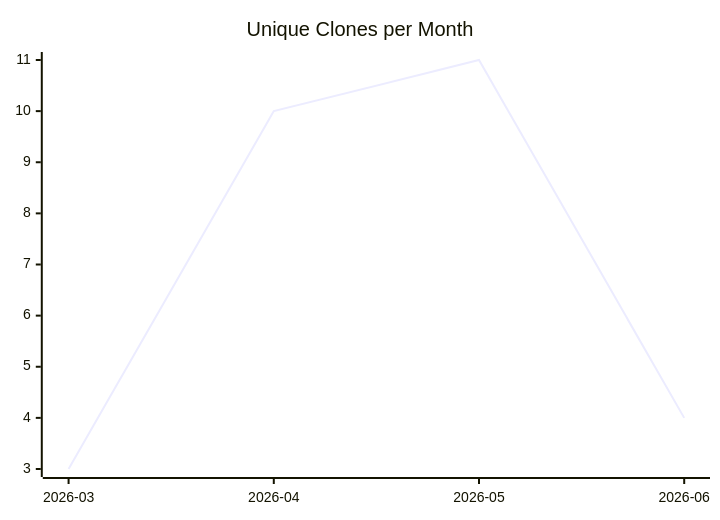
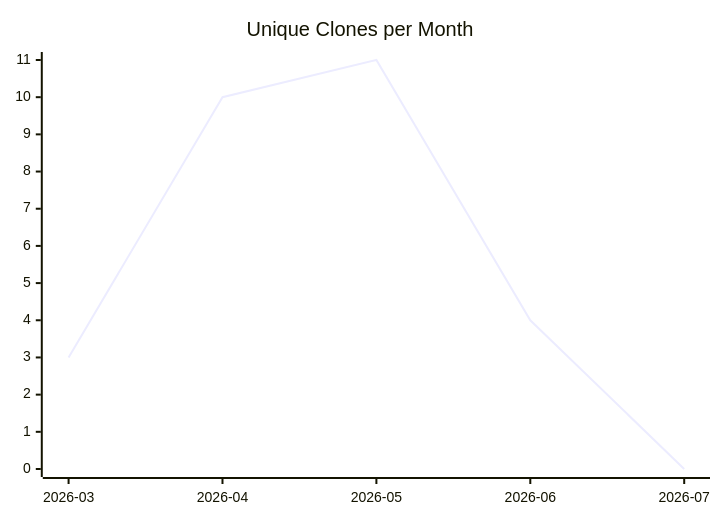
One commit to justdavis-family/github-analytics-data changed the third of 3 diagrams in karlmdavis/bbonfhir-dev-infra-docker/README.md. Above: the diagram before and after it, drawn with Mermaid. The commit also changed other lines of this file and 199 other files, not shown here.

````diff
--- a/karlmdavis/bbonfhir-dev-infra-docker/README.md
+++ b/karlmdavis/bbonfhir-dev-infra-docker/README.md
@@ -19,6 +19,6 @@
 ```mermaid
 xychart-beta
   title "Unique Clones per Month"
-  x-axis ["2026-03", "2026-04", "2026-05", "2026-06"]
-  line [3, 10, 11, 4]
+  x-axis ["2026-03", "2026-04", "2026-05", "2026-06", "2026-07"]
+  line [3, 10, 11, 4, 0]
 ```
````
